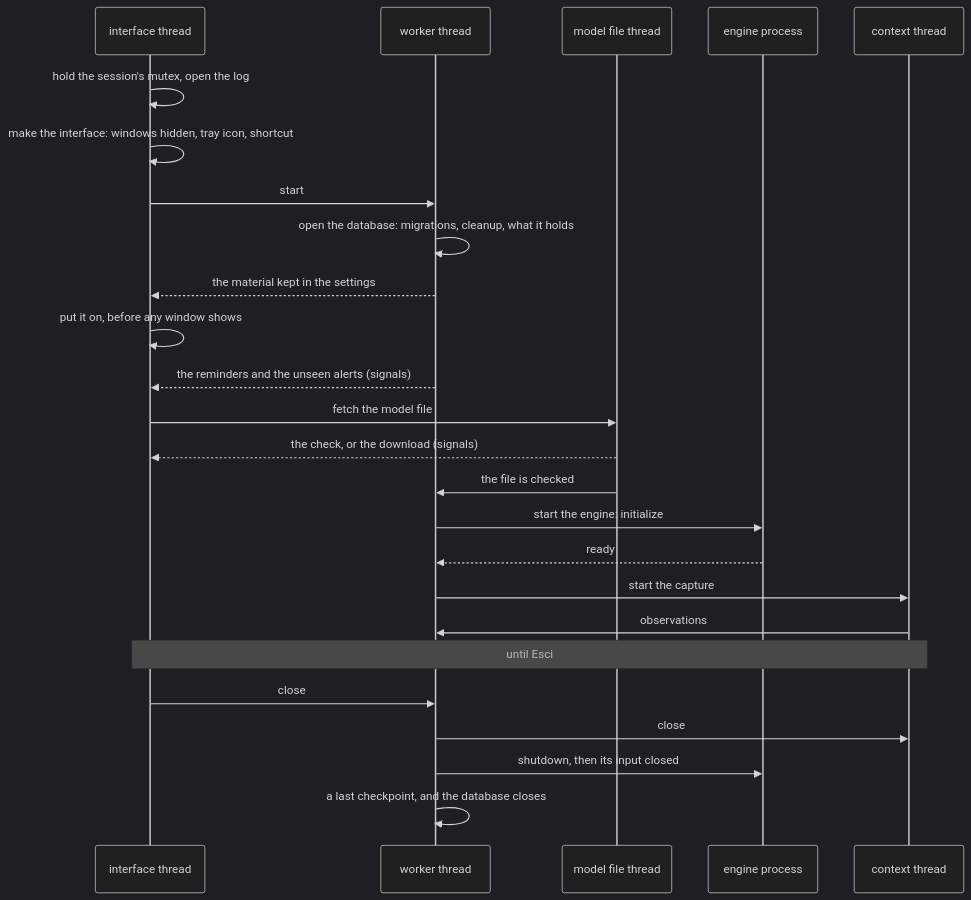
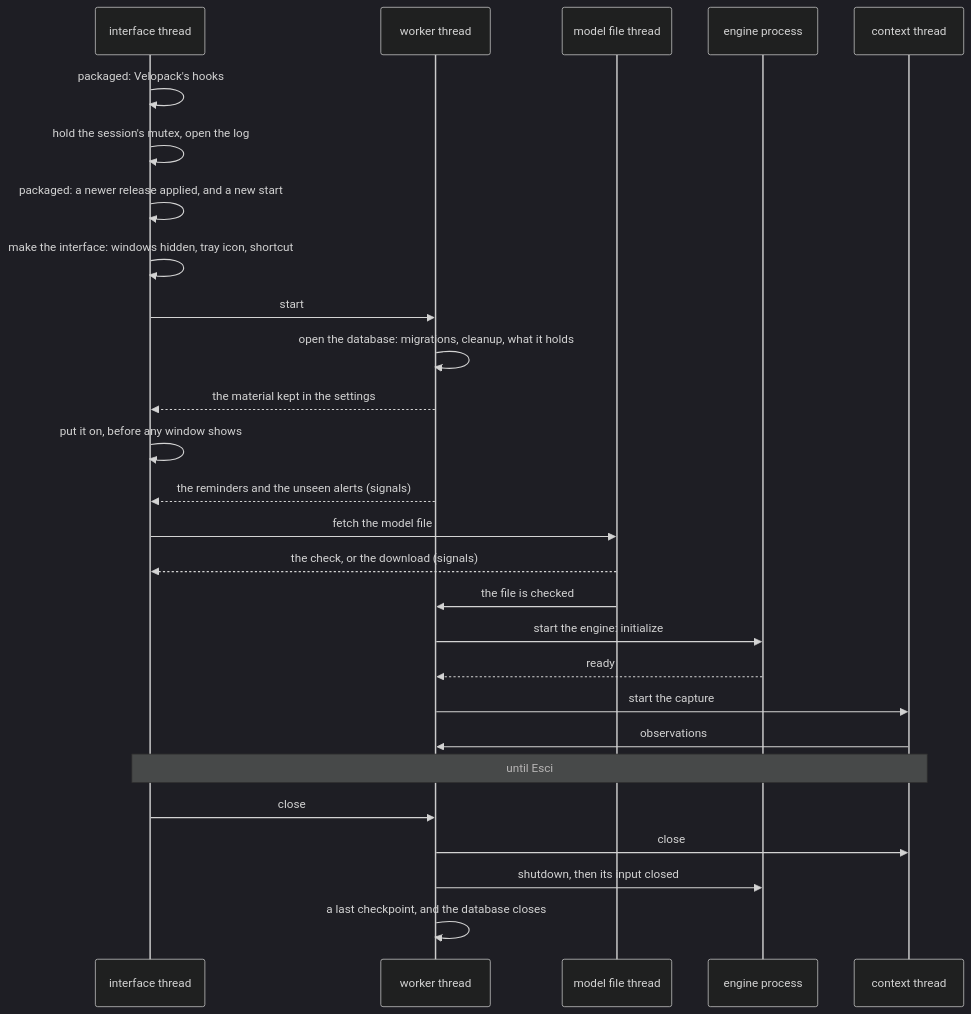
Before and after one commit to devfrx/jiffin: the second of 2 diagrams in docs/design/architecture.md, drawn with Mermaid (dark theme). The commit also changed other lines of this file and 16 other files, not shown here.

````diff
--- a/docs/design/architecture.md
+++ b/docs/design/architecture.md
@@ -85,28 +85,30 @@
 ```mermaid
 sequenceDiagram
     participant I as interface thread
     participant W as worker thread
     participant M as model file thread
     participant E as engine process
     participant C as context thread
 
+    I->>I: packaged: Velopack's hooks
     I->>I: hold the session's mutex, open the log
+    I->>I: packaged: a newer release applied, and a new start
     I->>I: make the interface: windows hidden, tray icon, shortcut
     I->>W: start
     W->>W: open the database: migrations, cleanup, what it holds
     W-->>I: the material kept in the settings
     I->>I: put it on, before any window shows
     W-->>I: the reminders and the unseen alerts (signals)
     I->>M: fetch the model file
     M-->>I: the check, or the download (signals)
     M->>W: the file is checked
     W->>E: start the engine: initialize
     E-->>W: ready
     W->>C: start the capture
     C->>W: observations
     Note over I,C: until Esci
     I->>W: close
     W->>C: close
     W->>E: shutdown, then its input closed
     W->>W: a last checkpoint, and the database closes
 ```
````
